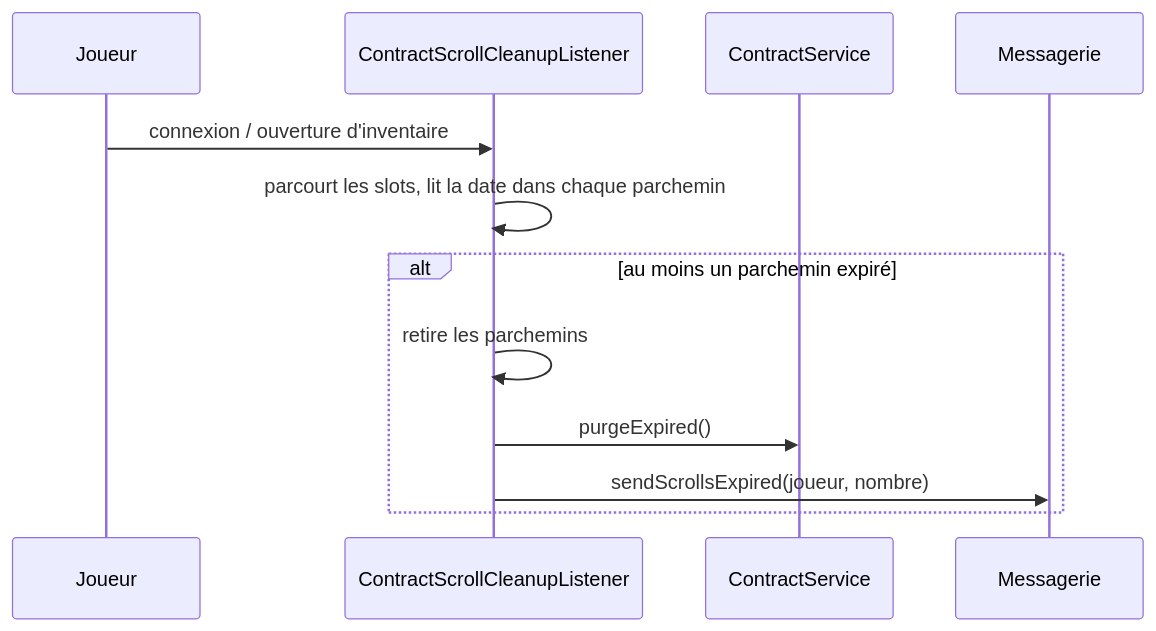
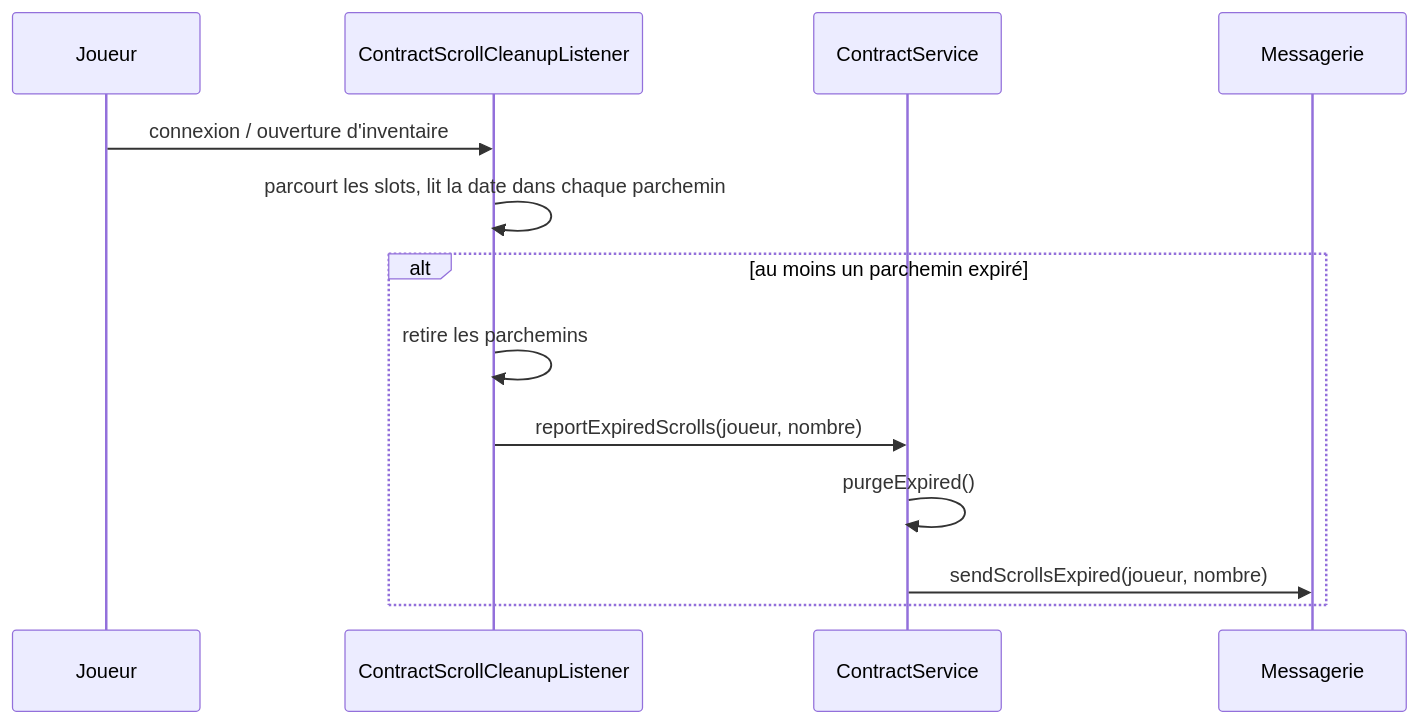
Before and after one commit to TesseractFR/TesseractSRP2: the second of 4 diagrams in contract-adapter/spec/contract-adapter-doc.md, drawn with Mermaid. The commit also changed other lines of this file and 25 other files, not shown here.

````diff
--- a/contract-adapter/spec/contract-adapter-doc.md
+++ b/contract-adapter/spec/contract-adapter-doc.md
@@ -242,14 +247,15 @@
 ```mermaid
 sequenceDiagram
     participant J as Joueur
     participant L as ContractScrollCleanupListener
     participant S as ContractService
     participant M as Messagerie
     J->>L: connexion / ouverture d'inventaire
     L->>L: parcourt les slots, lit la date dans chaque parchemin
     alt au moins un parchemin expiré
         L->>L: retire les parchemins
-        L->>S: purgeExpired()
-        L->>M: sendScrollsExpired(joueur, nombre)
+        L->>S: reportExpiredScrolls(joueur, nombre)
+        S->>S: purgeExpired()
+        S->>M: sendScrollsExpired(joueur, nombre)
     end
 ```
````
